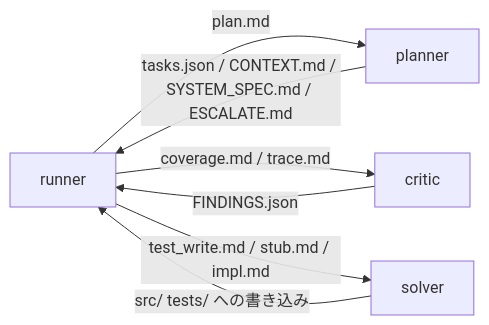
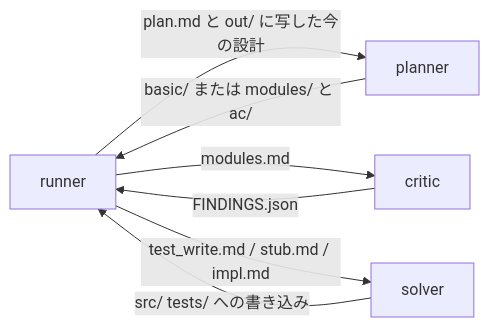
Before and after one commit to imotori481/Loop-Engine-with-Multi-Claude: the diagram in docs/AGENT_IO.md, drawn with Mermaid. The commit also changed other lines of this file and 50 other files, not shown here.

````diff
--- a/docs/AGENT_IO.md
+++ b/docs/AGENT_IO.md
@@ -24,13 +24,13 @@
 ```mermaid
 flowchart LR
   runner["runner"]
   planner["planner"]
   critic["critic"]
   solver["solver"]
-  runner -->|"plan.md"| planner
-  planner -->|"tasks.json / CONTEXT.md / SYSTEM_SPEC.md / ESCALATE.md"| runner
-  runner -->|"coverage.md / trace.md"| critic
+  runner -->|"plan.md と out/ に写した今の設計"| planner
+  planner -->|"basic/ または modules/ と ac/"| runner
+  runner -->|"modules.md"| critic
   critic -->|"FINDINGS.json"| runner
   runner -->|"test_write.md / stub.md / impl.md"| solver
   solver -->|"src/ tests/ への書き込み"| runner
 ```
````
